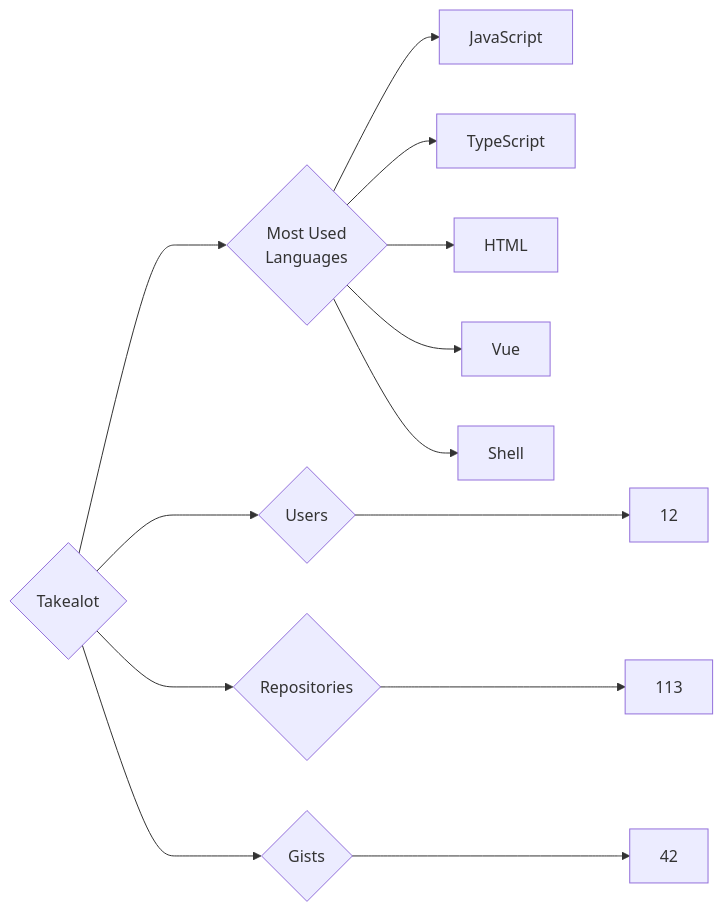
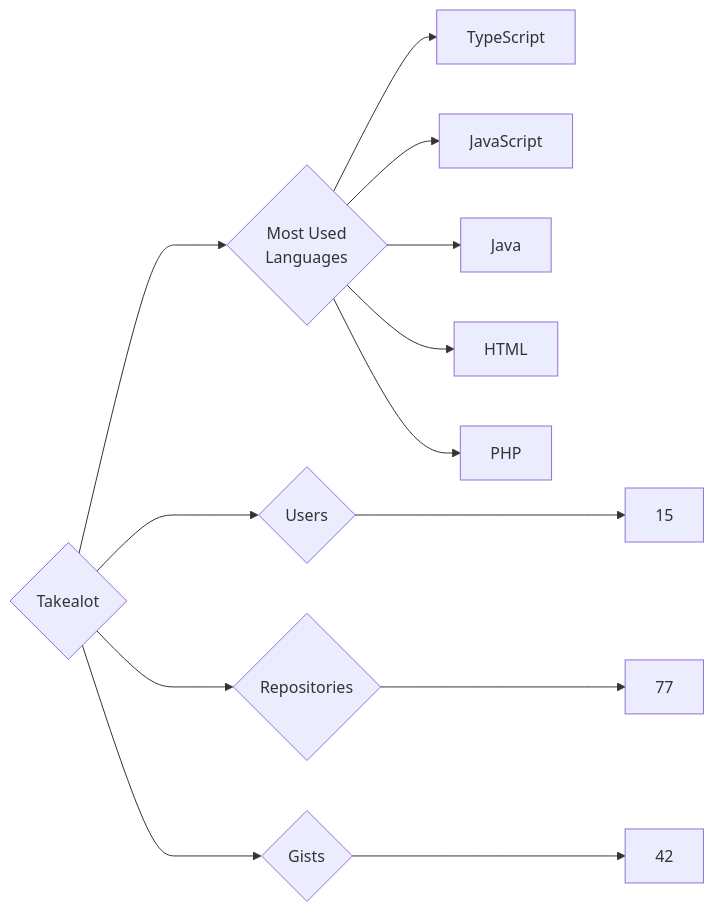
Before and after one commit to trickest/insiders: the diagram in targets/Takealot/README.md, drawn with Mermaid. The commit also changed 725 other files, not shown here.

````diff
--- a/targets/Takealot/README.md
+++ b/targets/Takealot/README.md
@@ -3,13 +3,13 @@
 ```mermaid
 graph LR
 COMPANY_NAME{Takealot}
-COMPANY_NAME ---> U{Users} ---> UN[12]
-COMPANY_NAME ---> R{Repositories} ---> RN[113]
+COMPANY_NAME ---> U{Users} ---> UN[15]
+COMPANY_NAME ---> R{Repositories} ---> RN[77]
 COMPANY_NAME ---> G{Gists} ---> GN[42]
 COMPANY_NAME ---> ML{Most Used<br>Languages}
+ML --> TypeScript[TypeScript]
 ML --> JavaScript[JavaScript]
-ML --> TypeScript[TypeScript]
+ML --> Java[Java]
 ML --> HTML[HTML]
-ML --> Vue[Vue]
-ML --> Shell[Shell]
+ML --> PHP[PHP]
 ```
````
